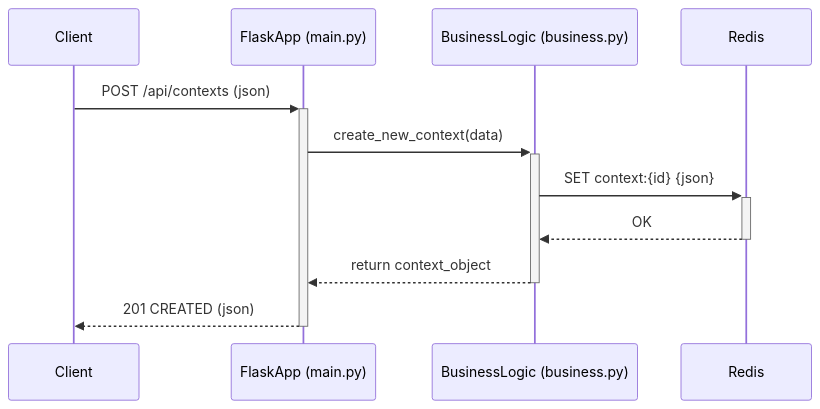
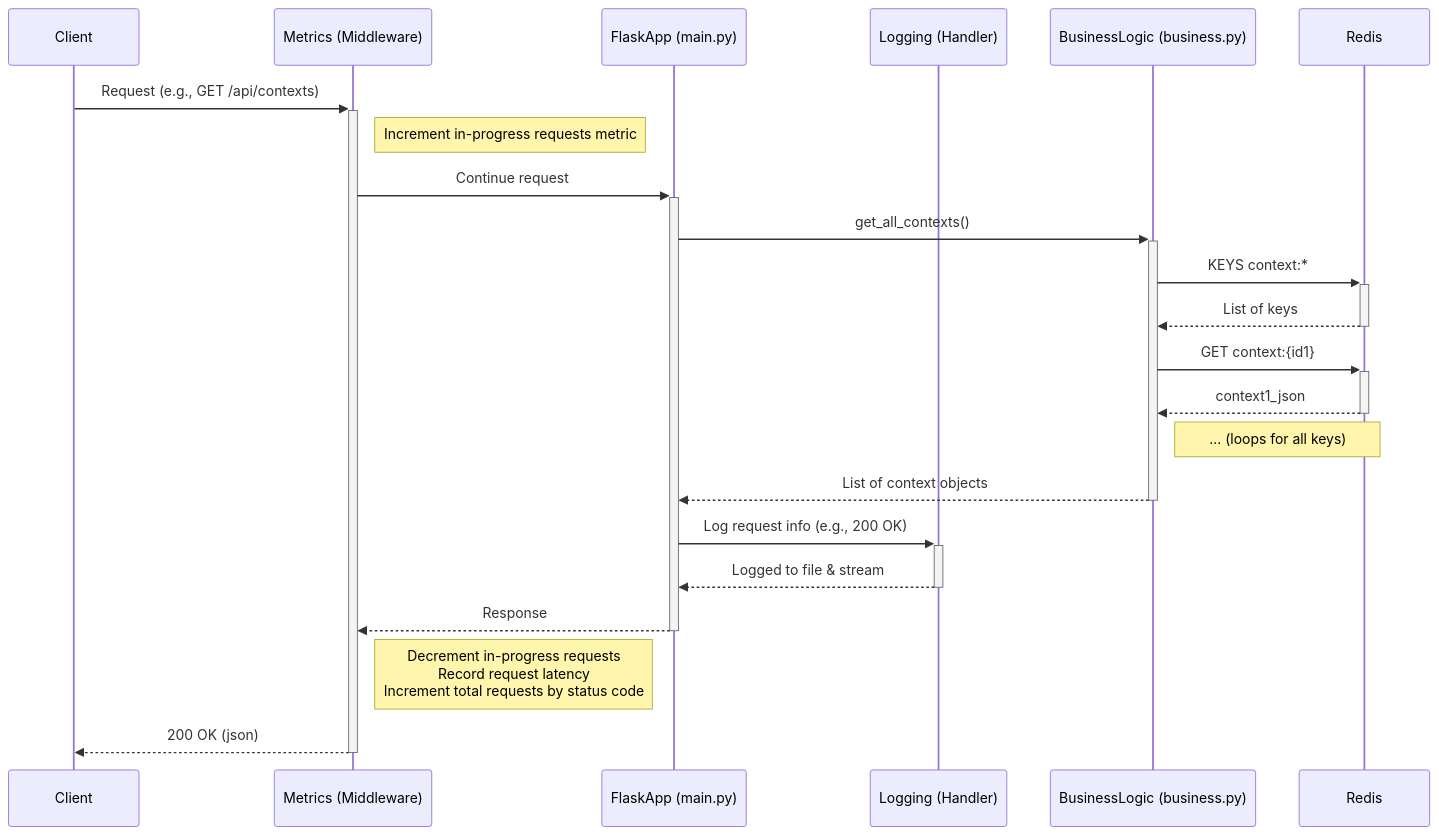
The diagram in sequence-diagram.mmd (lorenzogirardi/flask-test-api), drawn with Mermaid before and after one commit. The commit also changed 1 other file, not shown here.

Commit message:
docs: Update sequence diagram to be more detailed

```diff
--- a/sequence-diagram.mmd
+++ b/sequence-diagram.mmd
@@ -1,12 +1,26 @@
 sequenceDiagram
     participant Client
+    participant Metrics (Middleware)
     participant FlaskApp (main.py)
+    participant Logging (Handler)
     participant BusinessLogic (business.py)
     participant Redis
 
-    Client->>+FlaskApp (main.py): POST /api/contexts (json)
-    FlaskApp (main.py)->>+BusinessLogic (business.py): create_new_context(data)
-    BusinessLogic (business.py)->>+Redis: SET context:{id} {json}
-    Redis-->>-BusinessLogic (business.py): OK
-    BusinessLogic (business.py)-->>-FlaskApp (main.py): return context_object
-    FlaskApp (main.py)-->>-Client: 201 CREATED (json)
+    Client->>+Metrics (Middleware): Request (e.g., GET /api/contexts)
+    note right of Metrics (Middleware): Increment in-progress requests metric
+    Metrics (Middleware)->>+FlaskApp (main.py): Continue request
+
+    FlaskApp (main.py)->>+BusinessLogic (business.py): get_all_contexts()
+    BusinessLogic (business.py)->>+Redis: KEYS context:*
+    Redis-->>-BusinessLogic (business.py): List of keys
+    BusinessLogic (business.py)->>+Redis: GET context:{id1}
+    Redis-->>-BusinessLogic (business.py): context1_json
+    note right of BusinessLogic (business.py): ... (loops for all keys)
+    BusinessLogic (business.py)-->>-FlaskApp (main.py): List of context objects
+
+    FlaskApp (main.py)->>+Logging (Handler): Log request info (e.g., 200 OK)
+    Logging (Handler)-->>-FlaskApp (main.py): Logged to file & stream
+
+    FlaskApp (main.py)-->>-Metrics (Middleware): Response
+    note right of Metrics (Middleware): Decrement in-progress requests<br/>Record request latency<br/>Increment total requests by status code
+    Metrics (Middleware)-->>-Client: 200 OK (json)
```
